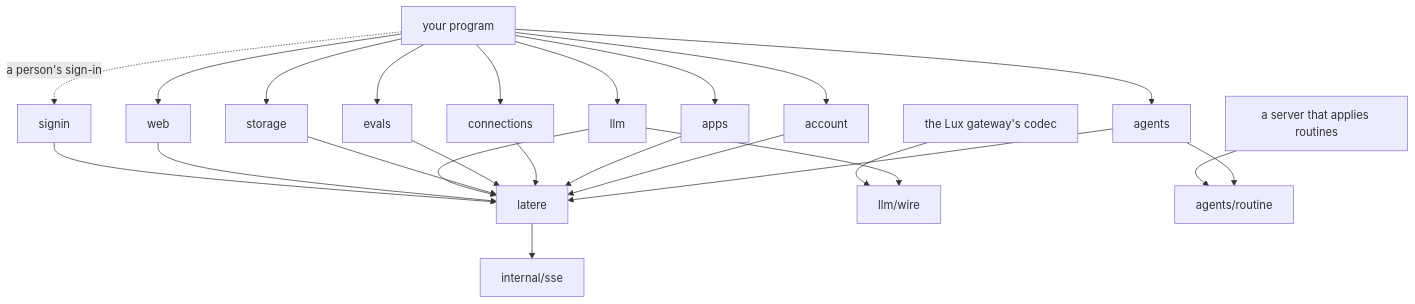
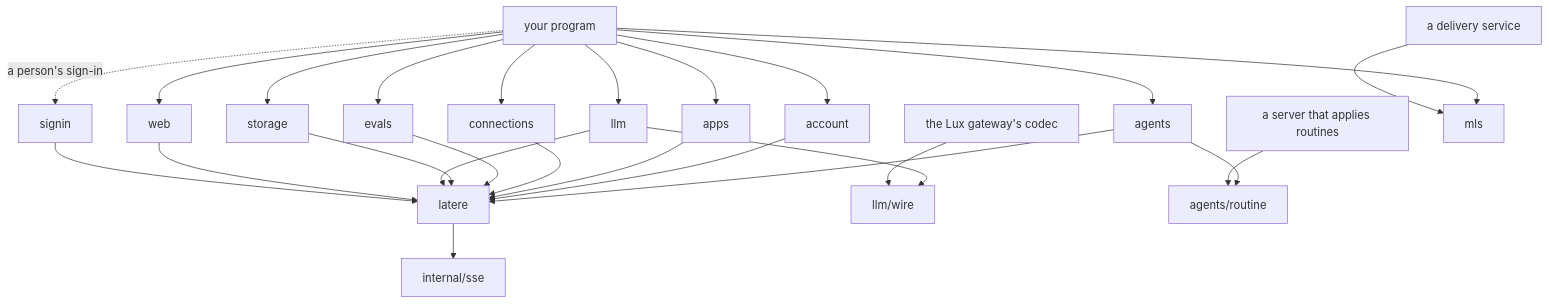
Before and after one commit to latere-ai/sdk-go: the diagram in docs/design.md, drawn with Mermaid. The commit also changed other lines of this file and 42 other files, not shown here.

````diff
--- a/docs/design.md
+++ b/docs/design.md
@@ -23,26 +23,28 @@
 ```mermaid
 flowchart TD
     agents --> latere
     account --> latere
     apps --> latere
     connections --> latere
     evals --> latere
     storage --> latere
     llm --> latere
     llm --> wire[llm/wire]
     agents --> routine[agents/routine]
     web --> latere
     signin --> latere
     latere --> sse[internal/sse]
     app[your program] --> agents
     app --> account
     app --> apps
     app --> connections
     app --> evals
     app --> storage
     app --> llm
     app --> web
     app -. a person's sign-in .-> signin
     gateway[the Lux gateway's codec] --> wire
     server[a server that applies routines] --> routine
+    app --> mls
+    ds[a delivery service] --> mls
 ```
````
